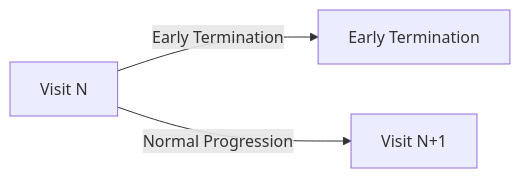
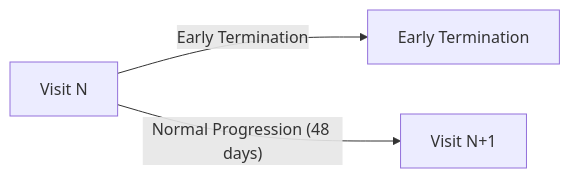
The first of 4 diagrams in input/pagecontent/dynamic-visit-plans.md (HL7/Vulcan-schedule-ig), drawn with Mermaid before and after one commit. The commit also changed other lines of this file, not shown here.

````diff
--- a/input/pagecontent/dynamic-visit-plans.md
+++ b/input/pagecontent/dynamic-visit-plans.md
@@ -49,8 +49,8 @@
 ```mermaid
 graph LR;
   VisitN[Visit N]
   VisitNP[Visit N+1]
   VisitET[Early Termination]
   VisitN--Early Termination-->VisitET
-  VisitN--Normal Progression-->VisitNP
+  VisitN--Normal Progression (48 days)-->VisitNP
 ```
````
